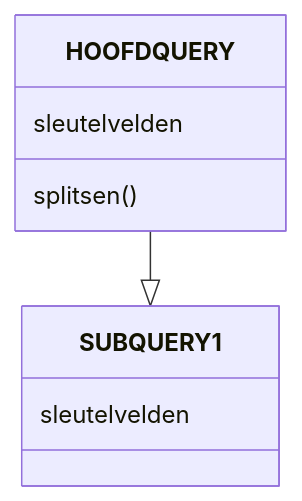
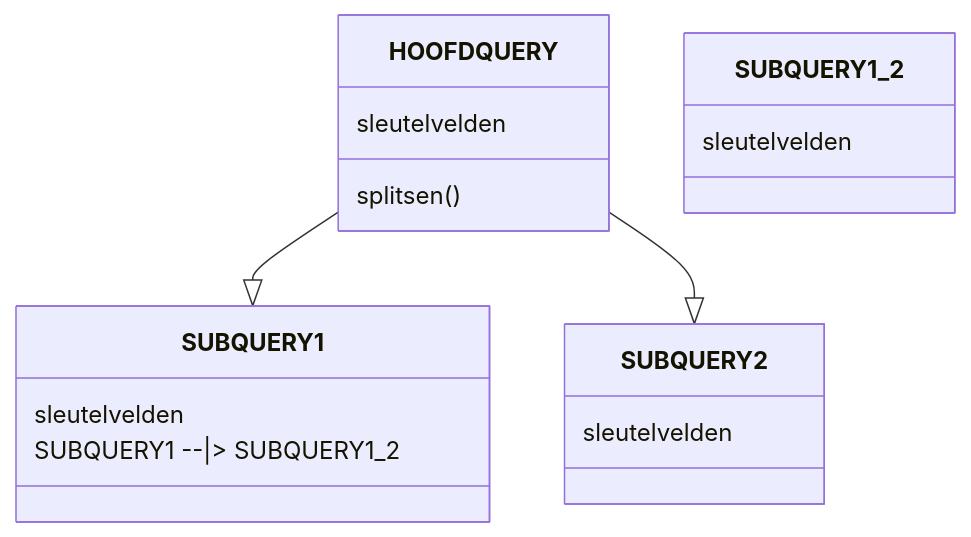
The diagram in sandbox/diagram.md (fvdsdel/BI_publisher), drawn with Mermaid before and after one commit. The commit also changed other lines of this file, not shown here.

````diff
--- a/sandbox/diagram.md
+++ b/sandbox/diagram.md
@@ -1,11 +1,20 @@
 ```mermaid
 classDiagram
     HOOFDQUERY: sleutelvelden
     HOOFDQUERY: splitsen()
     HOOFDQUERY --|> SUBQUERY1
+    HOOFDQUERY --|> SUBQUERY2
   
 class SUBQUERY1{
+      sleutelvelden
+      SUBQUERY1 --|> SUBQUERY1_2
+    }
+
+class SUBQUERY2{
+      sleutelvelden
+    }
+class SUBQUERY1_2{
       sleutelvelden
     }
 
 ```
````
